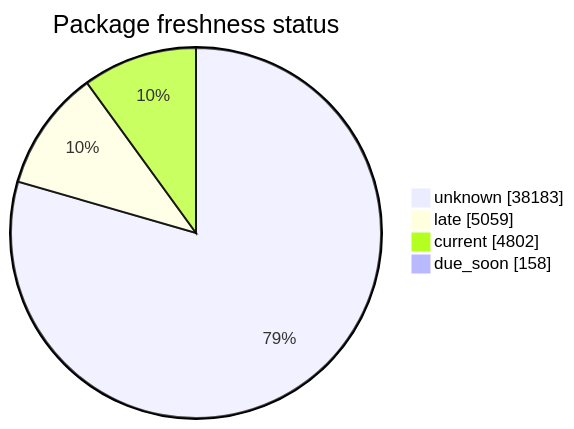
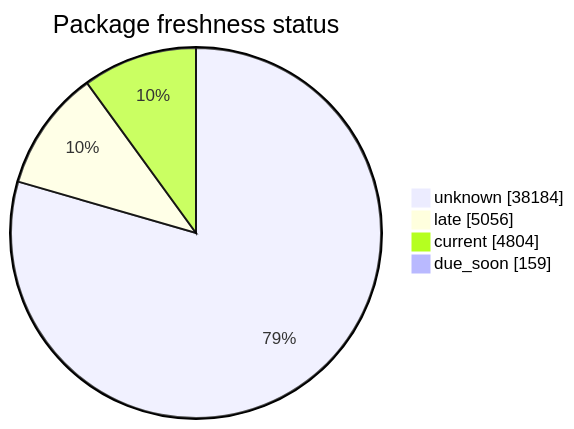
The second of 5 diagrams in FreshCheck/README.md (open-data/analytics-corporate-reporting), drawn with Mermaid before and after one commit. The commit also changed other lines of this file and 3 other files, not shown here.

````diff
--- a/FreshCheck/README.md
+++ b/FreshCheck/README.md
@@ -68,7 +68,7 @@
 ```mermaid
 pie showData title Package freshness status
-    "unknown": 38183
-    "late": 5059
-    "current": 4802
-    "due_soon": 158
+    "unknown": 38184
+    "late": 5056
+    "current": 4804
+    "due_soon": 159
 ```
````
